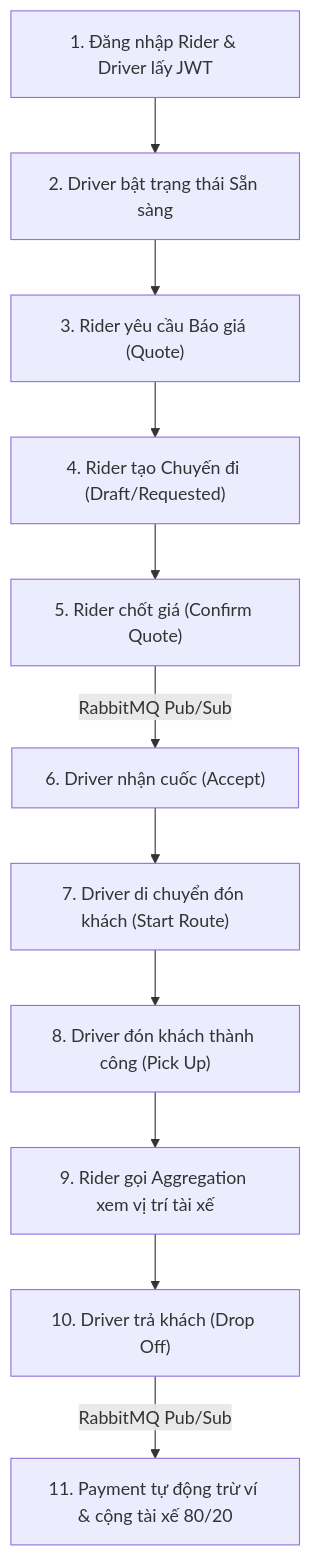
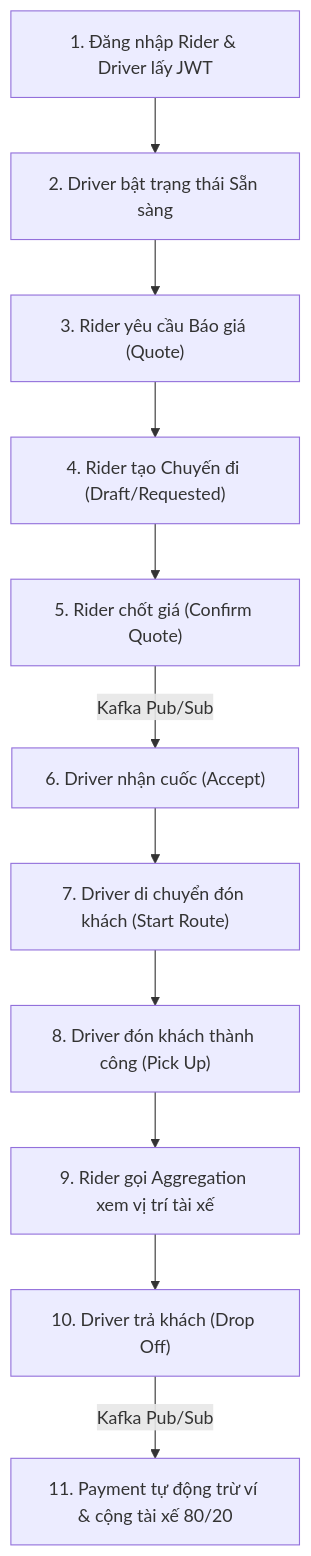
One commit to phwkha/SwiftRide changed the diagram in docs/API_TESTING_GUIDE.md. Above: the diagram before and after it, drawn with Mermaid. The commit also changed other lines of this file and 36 other files, not shown here.

````diff
--- a/docs/API_TESTING_GUIDE.md
+++ b/docs/API_TESTING_GUIDE.md
@@ -131,13 +145,13 @@
 ```mermaid
 flowchart TD
     S1["1. Đăng nhập Rider & Driver lấy JWT"] --> S2["2. Driver bật trạng thái Sẵn sàng"]
     S2 --> S3["3. Rider yêu cầu Báo giá (Quote)"]
     S3 --> S4["4. Rider tạo Chuyến đi (Draft/Requested)"]
     S4 --> S5["5. Rider chốt giá (Confirm Quote)"]
-    S5 -->|RabbitMQ Pub/Sub| S6["6. Driver nhận cuốc (Accept)"]
+    S5 -->|Kafka Pub/Sub| S6["6. Driver nhận cuốc (Accept)"]
     S6 --> S7["7. Driver di chuyển đón khách (Start Route)"]
     S7 --> S8["8. Driver đón khách thành công (Pick Up)"]
     S8 --> S9["9. Rider gọi Aggregation xem vị trí tài xế"]
     S9 --> S10["10. Driver trả khách (Drop Off)"]
-    S10 -->|RabbitMQ Pub/Sub| S11["11. Payment tự động trừ ví & cộng tài xế 80/20"]
+    S10 -->|Kafka Pub/Sub| S11["11. Payment tự động trừ ví & cộng tài xế 80/20"]
 ```
````
